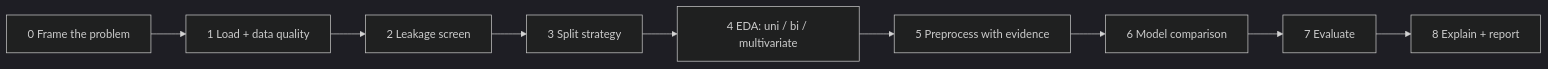
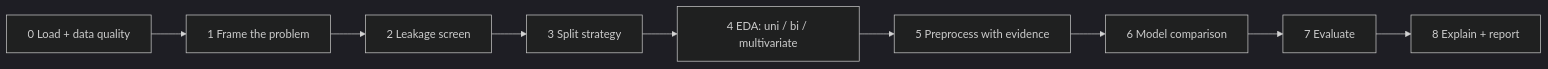
The diagram in README.md (Rajneeshjas-ind/guided-ml), drawn with Mermaid (dark theme) before and after one commit. The commit also changed 2 other files, not shown here.

Commit message:
Design Stage 0 (load + data quality) and Stage 1 (frame the problem) (#1)

````diff
--- a/README.md
+++ b/README.md
@@ -17,11 +17,11 @@
 ```mermaid
 flowchart LR
-    A[0 Frame the problem] --> B[1 Load + data quality]
+    A[0 Load + data quality] --> B[1 Frame the problem]
     B --> C[2 Leakage screen]
     C --> D[3 Split strategy]
     D --> E[4 EDA: uni / bi / multivariate]
     E --> F[5 Preprocess with evidence]
     F --> G[6 Model comparison]
     G --> H[7 Evaluate]
     H --> I[8 Explain + report]
 ```
````
